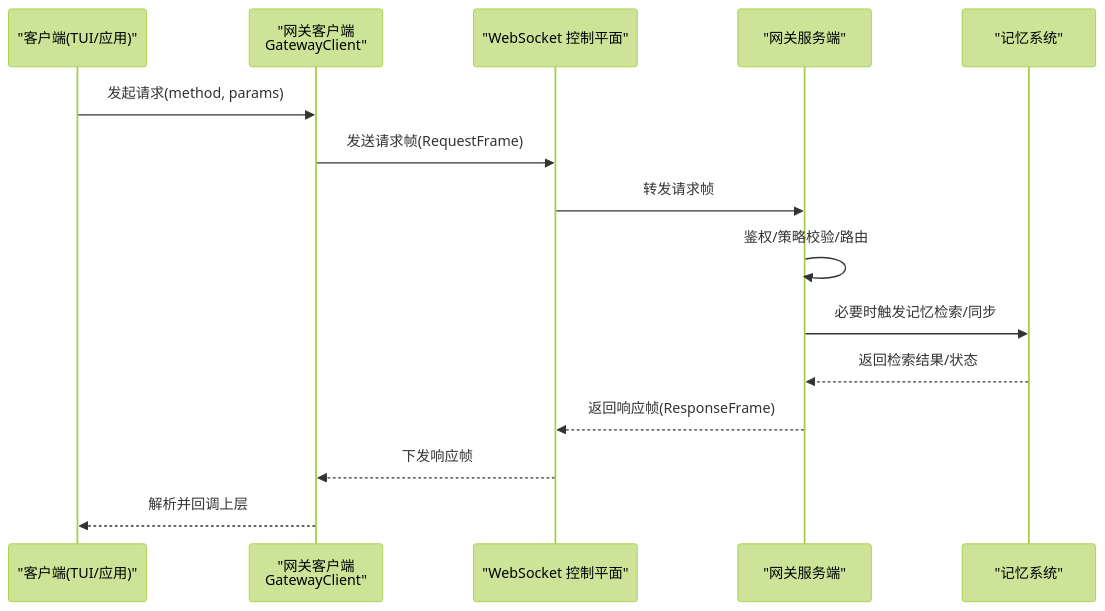
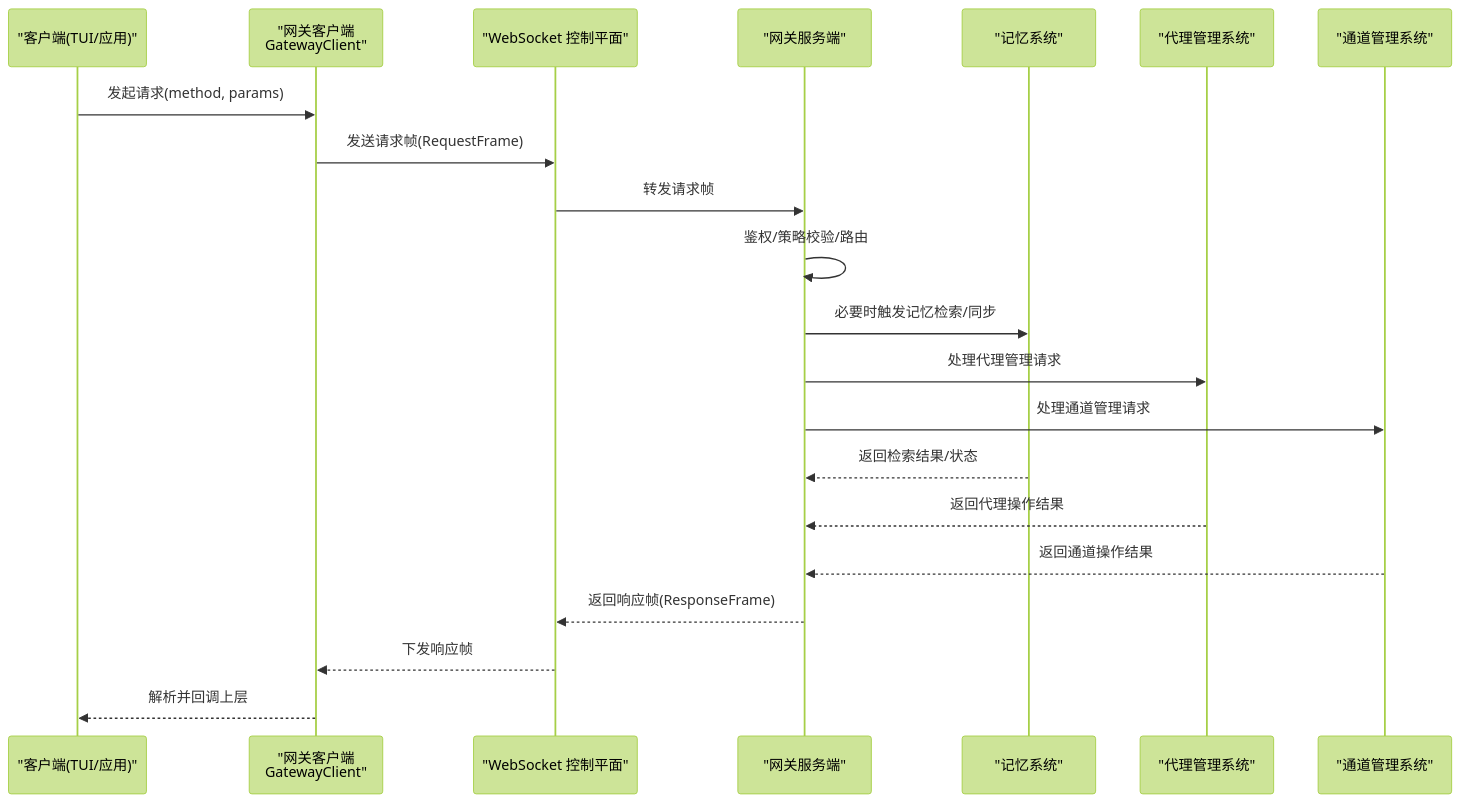
The second of 14 diagrams in .qoder/repowiki/zh/content/核心概念/核心概念.md (verse-ai-org/openclaw), drawn with Mermaid (forest theme) before and after one commit. The commit also changed other lines of this file and 41 other files, not shown here.

````diff
--- a/.qoder/repowiki/zh/content/核心概念/核心概念.md
+++ b/.qoder/repowiki/zh/content/核心概念/核心概念.md
@@ -103,17 +147,23 @@
 ```mermaid
 sequenceDiagram
 participant CLI as "客户端(TUI/应用)"
 participant GC as "网关客户端<br/>GatewayClient"
 participant WS as "WebSocket 控制平面"
 participant GS as "网关服务端"
 participant MEM as "记忆系统"
+participant AG as "代理管理系统"
+participant CH as "通道管理系统"
 CLI->>GC : 发起请求(method, params)
 GC->>WS : 发送请求帧(RequestFrame)
 WS->>GS : 转发请求帧
 GS->>GS : 鉴权/策略校验/路由
 GS->>MEM : 必要时触发记忆检索/同步
+GS->>AG : 处理代理管理请求
+GS->>CH : 处理通道管理请求
 MEM-->>GS : 返回检索结果/状态
+AG-->>GS : 返回代理操作结果
+CH-->>GS : 返回通道操作结果
 GS-->>WS : 返回响应帧(ResponseFrame)
 WS-->>GC : 下发响应帧
 GC-->>CLI : 解析并回调上层
 ```
````
